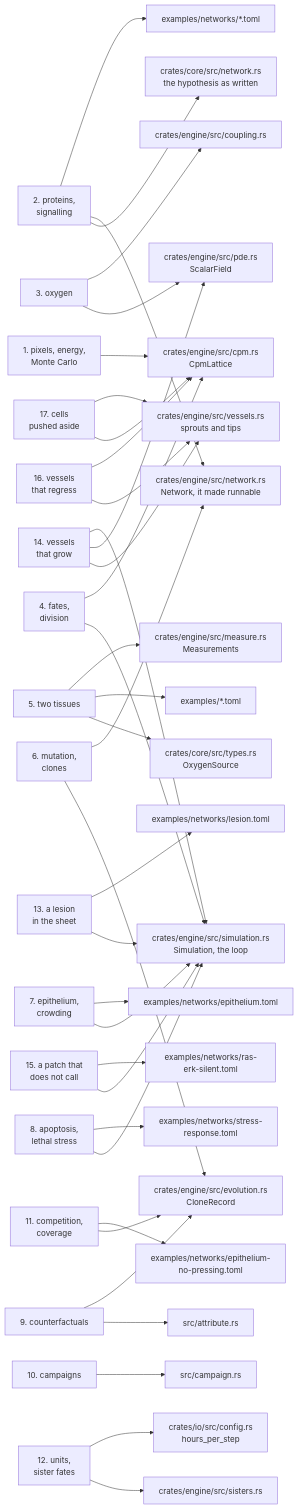
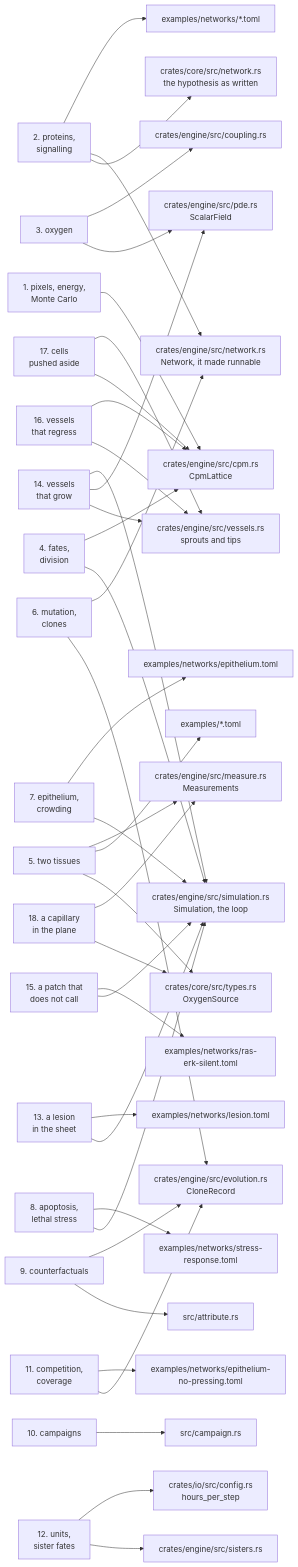
One commit to ngodzik/cellweave changed the diagram in docs/README.md. Above: the diagram before and after it, drawn with Mermaid. The commit also changed other lines of this file and 12 other files, not shown here.

````diff
--- a/docs/README.md
+++ b/docs/README.md
@@ -40,38 +41,40 @@
 ```mermaid
 flowchart LR
     c1["1. pixels, energy,<br/>Monte Carlo"] --> cpm["crates/engine/src/cpm.rs<br/>CpmLattice"]
     c2["2. proteins,<br/>signalling"] --> net["crates/core/src/network.rs<br/>the hypothesis as written"]
     c2 --> run["crates/engine/src/network.rs<br/>Network, it made runnable"]
     c2 --> files["examples/networks/*.toml"]
     c3["3. oxygen"] --> pde["crates/engine/src/pde.rs<br/>ScalarField"]
     c3 --> cpl["crates/engine/src/coupling.rs"]
     c4["4. fates,<br/>division"] --> sim["crates/engine/src/simulation.rs<br/>Simulation, the loop"]
     c4 --> cpm
     c5["5. two tissues"] --> cfg["crates/core/src/types.rs<br/>OxygenSource"]
     c5 --> ex["examples/*.toml"]
     c5 --> mea["crates/engine/src/measure.rs<br/>Measurements"]
     c6["6. mutation,<br/>clones"] --> evo["crates/engine/src/evolution.rs<br/>CloneRecord"]
     c6 --> run
     c7["7. epithelium,<br/>crowding"] --> sim
     c7 --> epi["examples/networks/epithelium.toml"]
     c8["8. apoptosis,<br/>lethal stress"] --> sim
     c8 --> str["examples/networks/stress-response.toml"]
     c9["9. counterfactuals"] --> att["src/attribute.rs"]
     c9 --> evo
     c10["10. campaigns"] --> camp["src/campaign.rs"]
     c11["11. competition,<br/>coverage"] --> evo
     c11 --> nop["examples/networks/epithelium-no-pressing.toml"]
     c12["12. units,<br/>sister fates"] --> sis["crates/engine/src/sisters.rs"]
     c12 --> conf["crates/io/src/config.rs<br/>hours_per_step"]
     c13["13. a lesion<br/>in the sheet"] --> sim
     c13 --> les["examples/networks/lesion.toml"]
     c14["14. vessels<br/>that grow"] --> ves["crates/engine/src/vessels.rs<br/>sprouts and tips"]
     c14 --> pde
     c14 --> sim
     c15["15. a patch that<br/>does not call"] --> sim
     c15 --> sil["examples/networks/ras-erk-silent.toml"]
     c16["16. vessels<br/>that regress"] --> ves
     c16 --> cpm
     c17["17. cells<br/>pushed aside"] --> cpm
     c17 --> ves
+    c18["18. a capillary<br/>in the plane"] --> cfg
+    c18 --> mea
 ```
````
